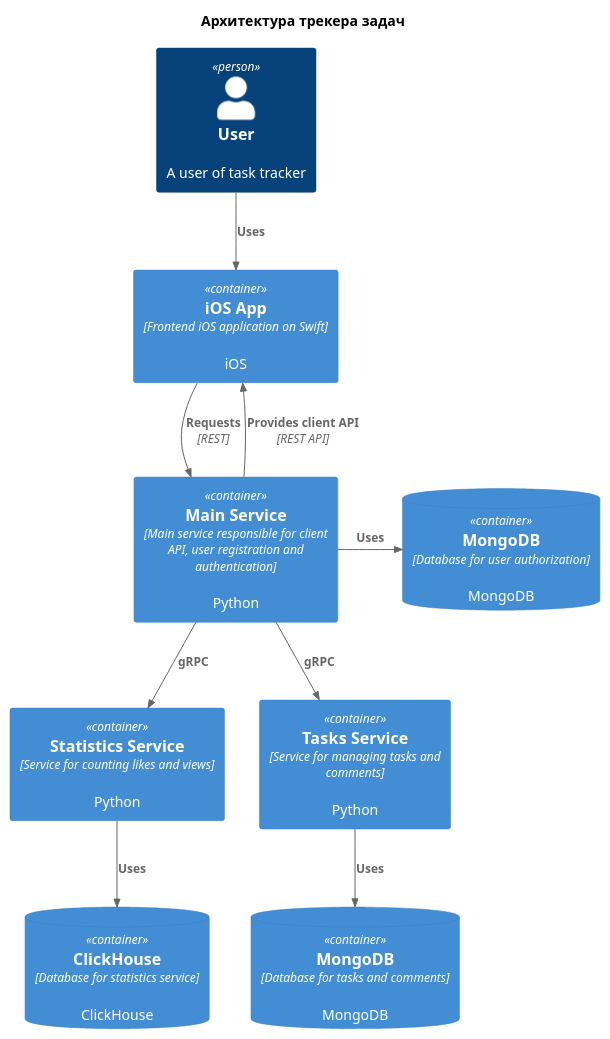
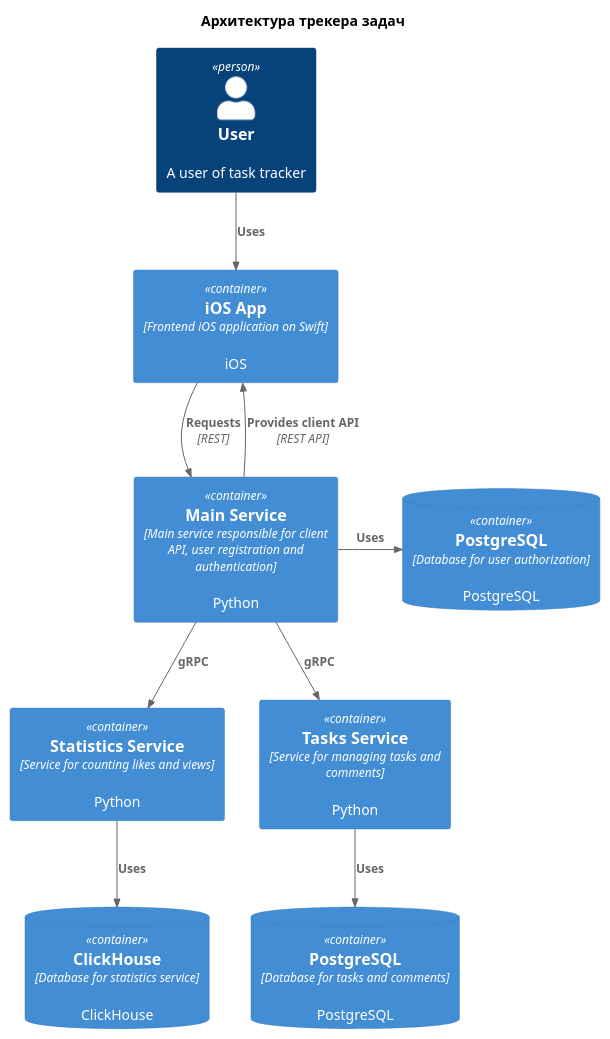
One commit to ArtemkaK1/TaskTracker changed the diagram in doc/Container.puml. Above: the diagram before and after it, drawn with PlantUML.

```diff
--- a/doc/Container.puml
+++ b/doc/Container.puml
@@ -2,30 +2,30 @@
 @startuml
 'https://plantuml.com/sequence-diagram
 !include https://raw.githubusercontent.com/plantuml-stdlib/C4-PlantUML/master/C4_Container.puml
 !include https://raw.githubusercontent.com/plantuml-stdlib/C4-PlantUML/master/C4_Context.puml
 !include https://raw.githubusercontent.com/plantuml-stdlib/C4-PlantUML/master/C4_Component.puml
 
 title Архитектура трекера задач
 
 Person(user, "User", "A user of task tracker")
 
 Container(iosApp, "iOS App", "Frontend iOS application on Swift", "iOS")
 Container(mainService, "Main Service", "Main service responsible for client API, user registration and authentication", "Python")
 Container(statisticsService, "Statistics Service", "Service for counting likes and views", "Python")
 Container(tasksService, "Tasks Service", "Service for managing tasks and comments", "Python")
 ContainerDb(clickhouse, "ClickHouse", "Database for statistics service", "ClickHouse")
-ContainerDb(mongoDbTasks, "MongoDB", "Database for tasks and comments", "MongoDB")
-ContainerDb(mongoDbUsers, "MongoDB", "Database for user authorization", "MongoDB")
+ContainerDb(postgresTasks, "PostgreSQL", "Database for tasks and comments", "PostgreSQL")
+ContainerDb(postgresUsers, "PostgreSQL", "Database for user authorization", "PostgreSQL")
 
 
 Rel(user, iosApp, "Uses")
 Rel(iosApp, mainService, "Requests", "REST")
 Rel_Up(mainService, iosApp, "Provides client API", "REST API")
 Rel(mainService, statisticsService, "gRPC")
-Rel_R(mainService, mongoDbUsers, "Uses")
+Rel_R(mainService, postgresUsers, "Uses")
 Rel(mainService, tasksService, "gRPC")
 Rel(statisticsService, clickhouse, "Uses")
-Rel(tasksService, mongoDbTasks, "Uses")
+Rel(tasksService, postgresTasks, "Uses")
 
 
 @enduml
```
